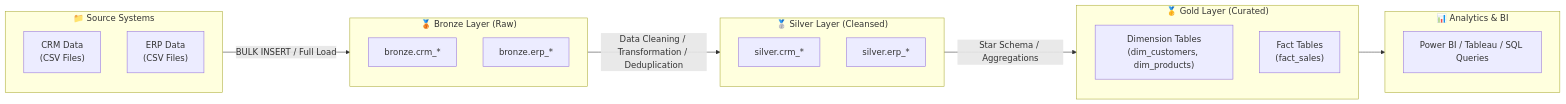
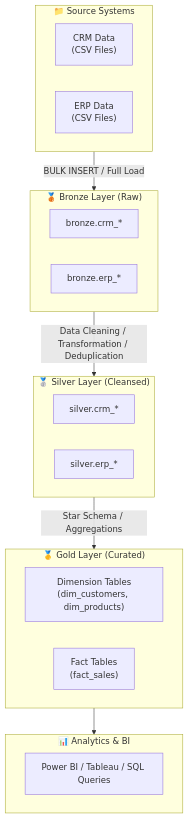
One commit to doanquangminh14/sql-data-warehouse-project changed the diagram in README.md. Above: the diagram before and after it, drawn with Mermaid.

Commit message:
Modify flowchart in README for HTML line breaks
Updated the README to use HTML line breaks in the flowchart.

````diff
--- a/README.md
+++ b/README.md
@@ -29,31 +29,31 @@
 ```mermaid
-flowchart LR
+flowchart TD
     subgraph Sources["📁 Source Systems"]
-        CRM["CRM Data\n(CSV Files)"]
-        ERP["ERP Data\n(CSV Files)"]
+        CRM["CRM Data<br/>(CSV Files)"]
+        ERP["ERP Data<br/>(CSV Files)"]
     end
 
     subgraph Bronze["🥉 Bronze Layer (Raw)"]
         B_CRM["bronze.crm_*"]
         B_ERP["bronze.erp_*"]
     end
 
     subgraph Silver["🥈 Silver Layer (Cleansed)"]
         S_CRM["silver.crm_*"]
         S_ERP["silver.erp_*"]
     end
 
     subgraph Gold["🥇 Gold Layer (Curated)"]
-        Dim["Dimension Tables\n(dim_customers, dim_products)"]
-        Fact["Fact Tables\n(fact_sales)"]
+        Dim["Dimension Tables<br/>(dim_customers, dim_products)"]
+        Fact["Fact Tables<br/>(fact_sales)"]
     end
 
     subgraph Consumption["📊 Analytics & BI"]
         BI["Power BI / Tableau / SQL Queries"]
     end
 
     Sources -->|BULK INSERT / Full Load| Bronze
     Bronze -->|Data Cleaning / Transformation / Deduplication| Silver
     Silver -->|Star Schema / Aggregations| Gold
     Gold --> Consumption
 ```
````
